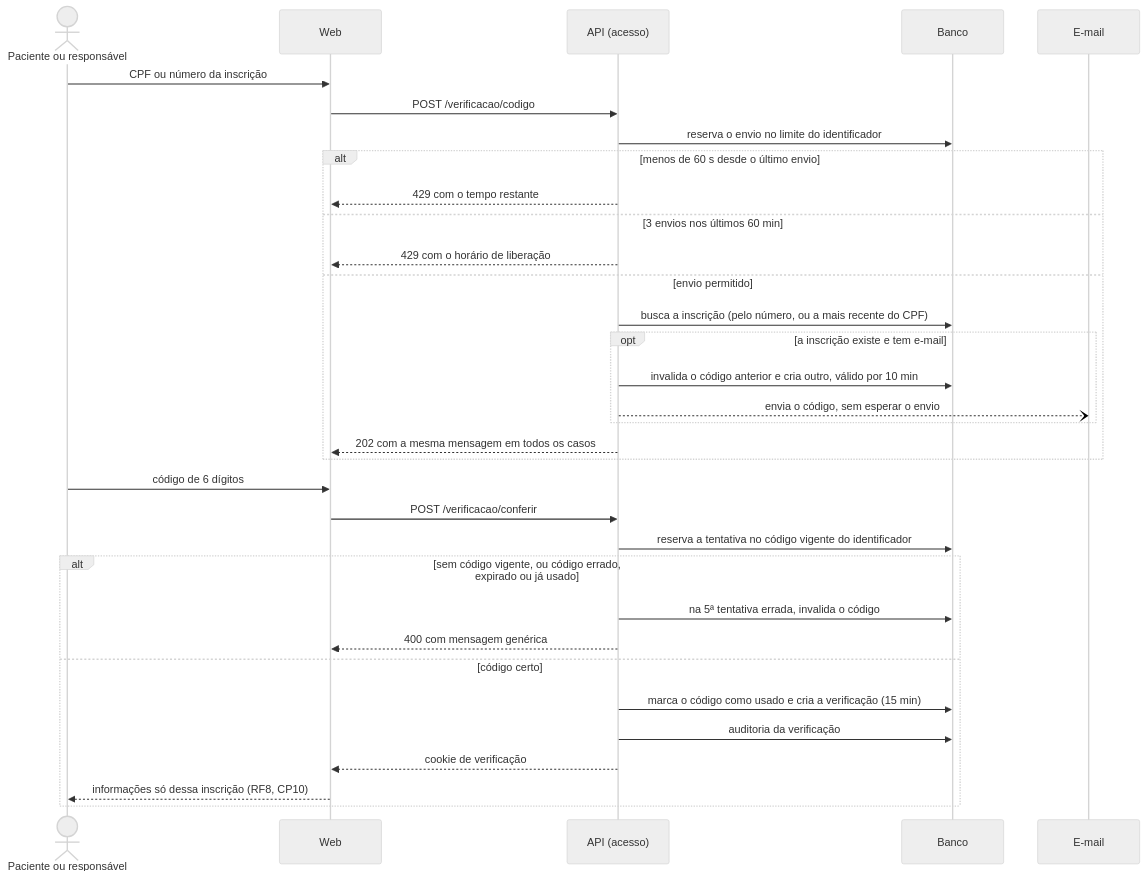
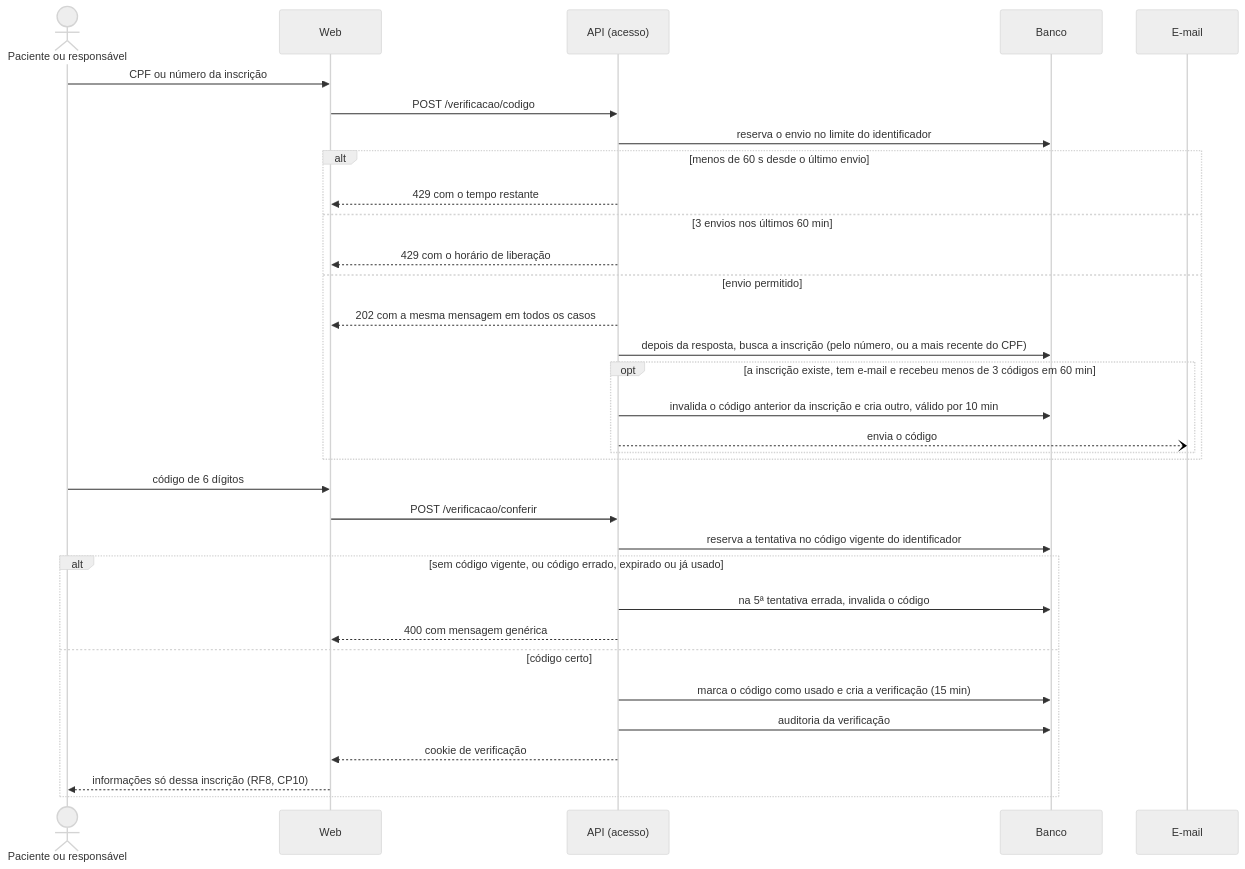
The second of 2 diagrams in documentacao/docs/unidade-3/projeto-features-ciclo-4.md (mdsreq-fga-unb/REQ-2026.2-T02-ClinicaEscolaFBr), drawn with Mermaid (neutral theme) before and after one commit. The commit also changed other lines of this file and 8 other files, not shown here.

First line of the commit message:
fix: limita os códigos da verificação de identidade por inscrição e por origem, e responde ao pedido antes de buscar a inscrição (RF52, RNF6)

````diff
--- a/documentacao/docs/unidade-3/projeto-features-ciclo-4.md
+++ b/documentacao/docs/unidade-3/projeto-features-ciclo-4.md
@@ -72,35 +72,35 @@
 ```mermaid
 sequenceDiagram
     actor P as Paciente ou responsável
     participant W as Web
     participant A as API (acesso)
     participant DB as Banco
     participant M as E-mail
     P->>W: CPF ou número da inscrição
     W->>A: POST /verificacao/codigo
     A->>DB: reserva o envio no limite do identificador
     alt menos de 60 s desde o último envio
         A-->>W: 429 com o tempo restante
     else 3 envios nos últimos 60 min
         A-->>W: 429 com o horário de liberação
     else envio permitido
-        A->>DB: busca a inscrição (pelo número, ou a mais recente do CPF)
-        opt a inscrição existe e tem e-mail
-            A->>DB: invalida o código anterior e cria outro, válido por 10 min
-            A--)M: envia o código, sem esperar o envio
+        A-->>W: 202 com a mesma mensagem em todos os casos
+        A->>DB: depois da resposta, busca a inscrição (pelo número, ou a mais recente do CPF)
+        opt a inscrição existe, tem e-mail e recebeu menos de 3 códigos em 60 min
+            A->>DB: invalida o código anterior da inscrição e cria outro, válido por 10 min
+            A--)M: envia o código
         end
-        A-->>W: 202 com a mesma mensagem em todos os casos
     end
     P->>W: código de 6 dígitos
     W->>A: POST /verificacao/conferir
     A->>DB: reserva a tentativa no código vigente do identificador
     alt sem código vigente, ou código errado, expirado ou já usado
         A->>DB: na 5ª tentativa errada, invalida o código
         A-->>W: 400 com mensagem genérica
     else código certo
         A->>DB: marca o código como usado e cria a verificação (15 min)
         A->>DB: auditoria da verificação
         A-->>W: cookie de verificação
         W-->>P: informações só dessa inscrição (RF8, CP10)
     end
 ```
````
